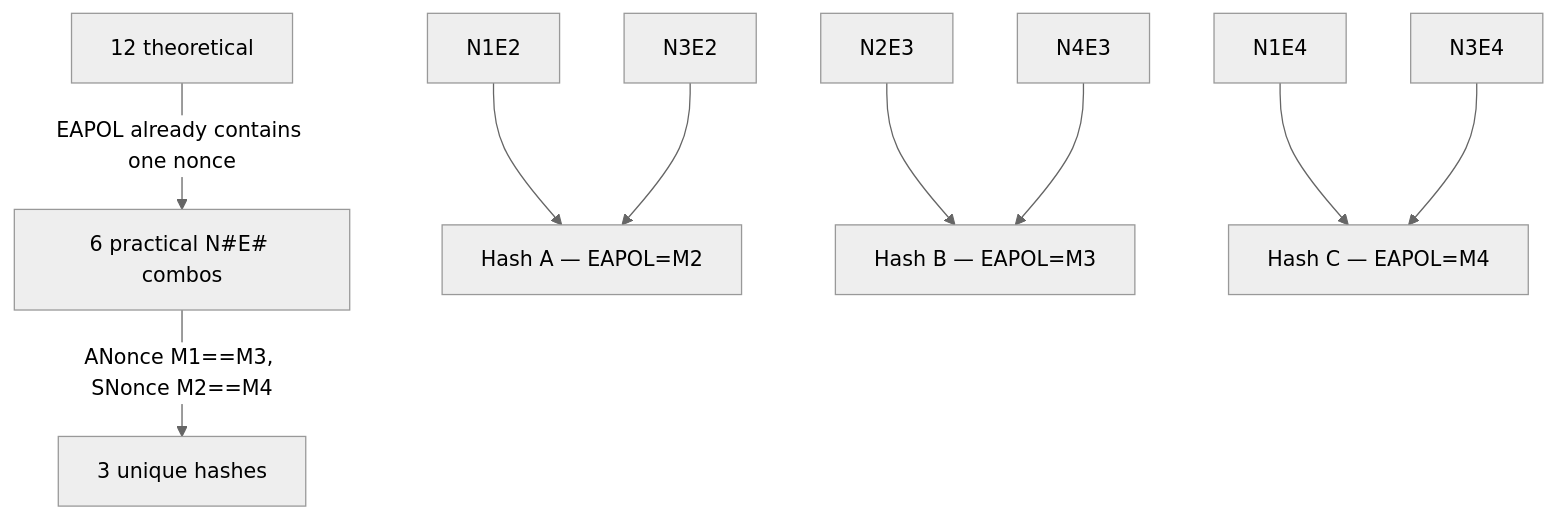
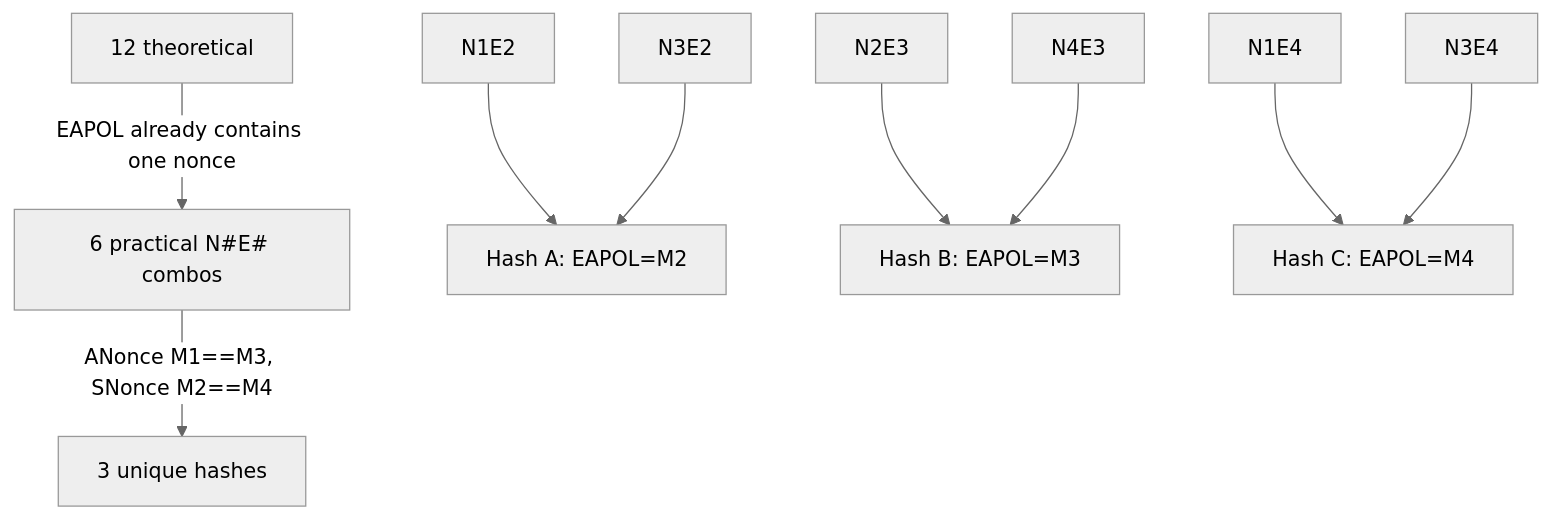
The diagram in docs/psk-attacks/eapol.md (StrongWind1/WiFi_Cracking), drawn with Mermaid (neutral theme) before and after one commit. The commit also changed other lines of this file and 35 other files, not shown here.

````diff
--- a/docs/psk-attacks/eapol.md
+++ b/docs/psk-attacks/eapol.md
@@ -111,12 +111,12 @@
 ```mermaid
 flowchart TD
     T12["12 theoretical"] -->|"EAPOL already contains one nonce"| T6
     T6["6 practical N#E# combos"] -->|"ANonce M1==M3, SNonce M2==M4"| T3["3 unique hashes"]
 
-    N1E2["N1E2"] --> HA["Hash A — EAPOL=M2"]
+    N1E2["N1E2"] --> HA["Hash A: EAPOL=M2"]
     N3E2["N3E2"] --> HA
-    N2E3["N2E3"] --> HB["Hash B — EAPOL=M3"]
+    N2E3["N2E3"] --> HB["Hash B: EAPOL=M3"]
     N4E3["N4E3"] --> HB
-    N1E4["N1E4"] --> HC["Hash C — EAPOL=M4"]
+    N1E4["N1E4"] --> HC["Hash C: EAPOL=M4"]
     N3E4["N3E4"] --> HC
 ```
````
